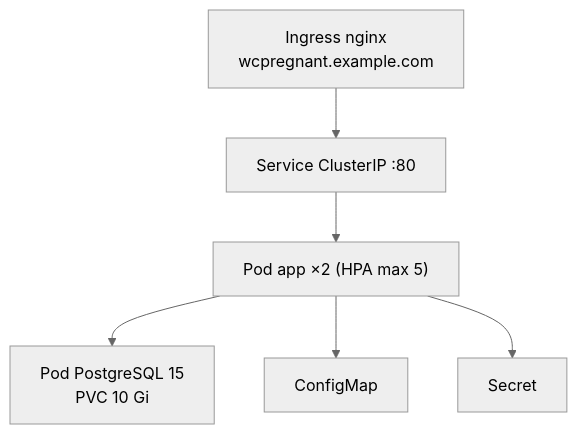
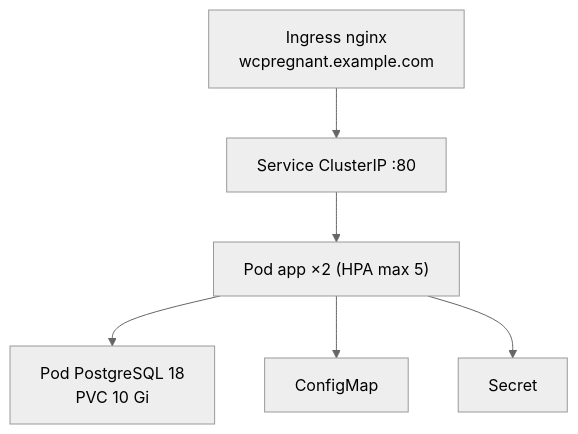
The fifth of 5 diagrams in documentation/02-conception/diagrammes.md (corsairemalouin/wcpregnant), drawn with Mermaid (neutral theme) before and after one commit. The commit also changed 9 other files, not shown here.

First line of the commit message:
config(docker): migrer PostgreSQL 15-alpine vers 18-alpine (compose + k8s) avec montage /var/lib/postgresql

````diff
--- a/documentation/02-conception/diagrammes.md
+++ b/documentation/02-conception/diagrammes.md
@@ -100,8 +100,8 @@
 ```mermaid
 graph TD
     Ingress["Ingress nginx<br/>wcpregnant.example.com"] --> SVC["Service ClusterIP :80"]
     SVC --> P1["Pod app ×2 (HPA max 5)"]
-    P1 --> PG["Pod PostgreSQL 15<br/>PVC 10 Gi"]
+    P1 --> PG["Pod PostgreSQL 18<br/>PVC 10 Gi"]
     P1 --> CM["ConfigMap"]
     P1 --> SEC["Secret"]
 ```
````
